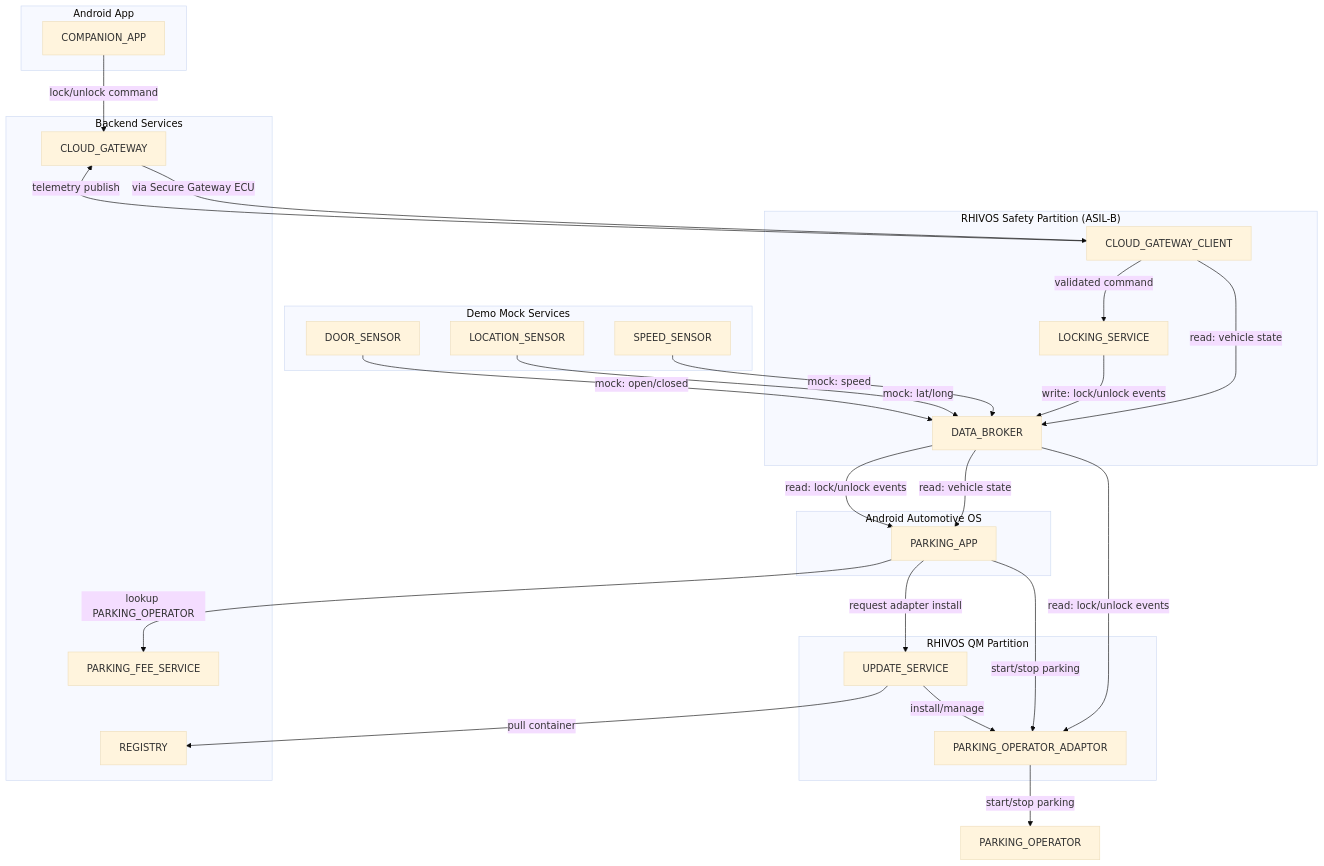
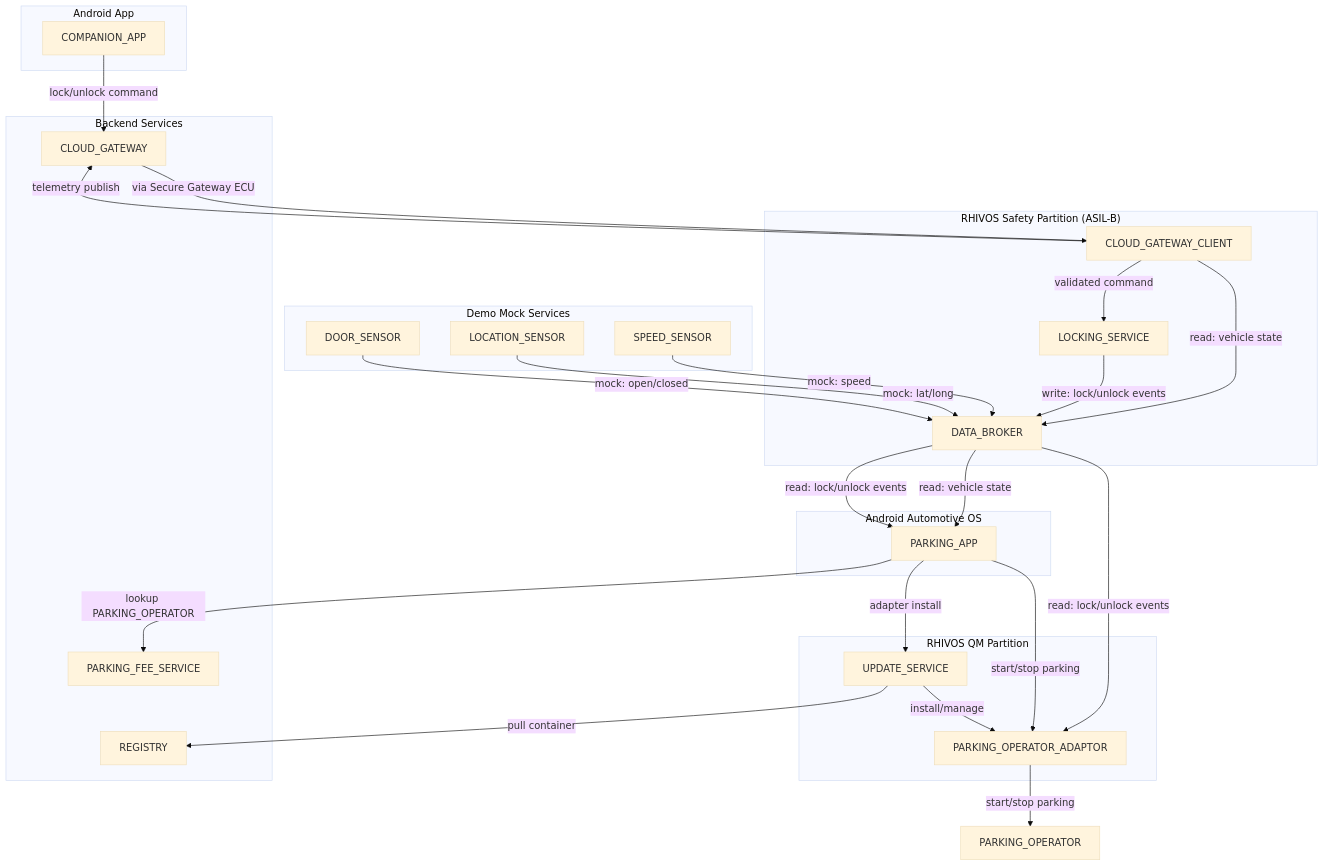
The second of 2 diagrams in prd.md (rhadp/parking-fee-service), drawn with Mermaid (base theme) before and after one commit.

Commit message:
updated the PRD

````diff
--- a/prd.md
+++ b/prd.md
@@ -243,60 +243,60 @@
 ```mermaid
 flowchart TD
 subgraph AAOS["Android Automotive OS"]
 	ParkingApp["PARKING_APP"]
 end
 
 subgraph Android["Android App"]
 	CompanionApp["COMPANION_APP"]
 end
 
 subgraph RHIVOS_Safety["RHIVOS Safety Partition (ASIL-B)"]
   LockingService["LOCKING_SERVICE"]
   DataBroker["DATA_BROKER"]
   CloudGatewayClient["CLOUD_GATEWAY_CLIENT"]
 end
 
 subgraph RHIVOS_QM["RHIVOS QM Partition"]
   Adaptor["PARKING_OPERATOR_ADAPTOR"]
   UpdateService["UPDATE_SERVICE"]
 end
 
 subgraph Cloud["Backend Services"]
   ParkingFeeService["PARKING_FEE_SERVICE"]
   Registry["REGISTRY"]
   CloudGateway["CLOUD_GATEWAY"]
 end
 
 subgraph MockServices["Demo Mock Services"]
   LocationSensor["LOCATION_SENSOR"]
   SpeedSensor["SPEED_SENSOR"]
   DoorSensor["DOOR_SENSOR"]
 end
 
 CompanionApp -->|"lock/unlock command"| CloudGateway
 CloudGateway -->|"via Secure Gateway ECU"| CloudGatewayClient
 
 CloudGatewayClient -->|"validated command"| LockingService
 CloudGatewayClient -->|"telemetry publish"| CloudGateway
 CloudGatewayClient -->|"read: vehicle state"| DataBroker
 
 LockingService -->|"write: lock/unlock events"| DataBroker
 
 DataBroker -->|"read: vehicle state"| ParkingApp
 DataBroker -->|"read: lock/unlock events"| ParkingApp
 DataBroker -->|"read: lock/unlock events"| Adaptor
 
 ParkingApp -->|"lookup PARKING_OPERATOR"| ParkingFeeService
-ParkingApp -->|"request adapter install"| UpdateService
+ParkingApp -->|"adapter install"| UpdateService
 ParkingApp -->|"start/stop parking"| Adaptor
 
 UpdateService -->|"pull container"| Registry
 UpdateService -->|"install/manage"| Adaptor
 
 Adaptor -->|"start/stop parking"| PARKING_OPERATOR["PARKING_OPERATOR"]
 
 SpeedSensor --> |"mock: speed"| DataBroker
 LocationSensor --> |"mock: lat/long"| DataBroker
 DoorSensor --> |"mock: open/closed"| DataBroker
 
 ```
````
